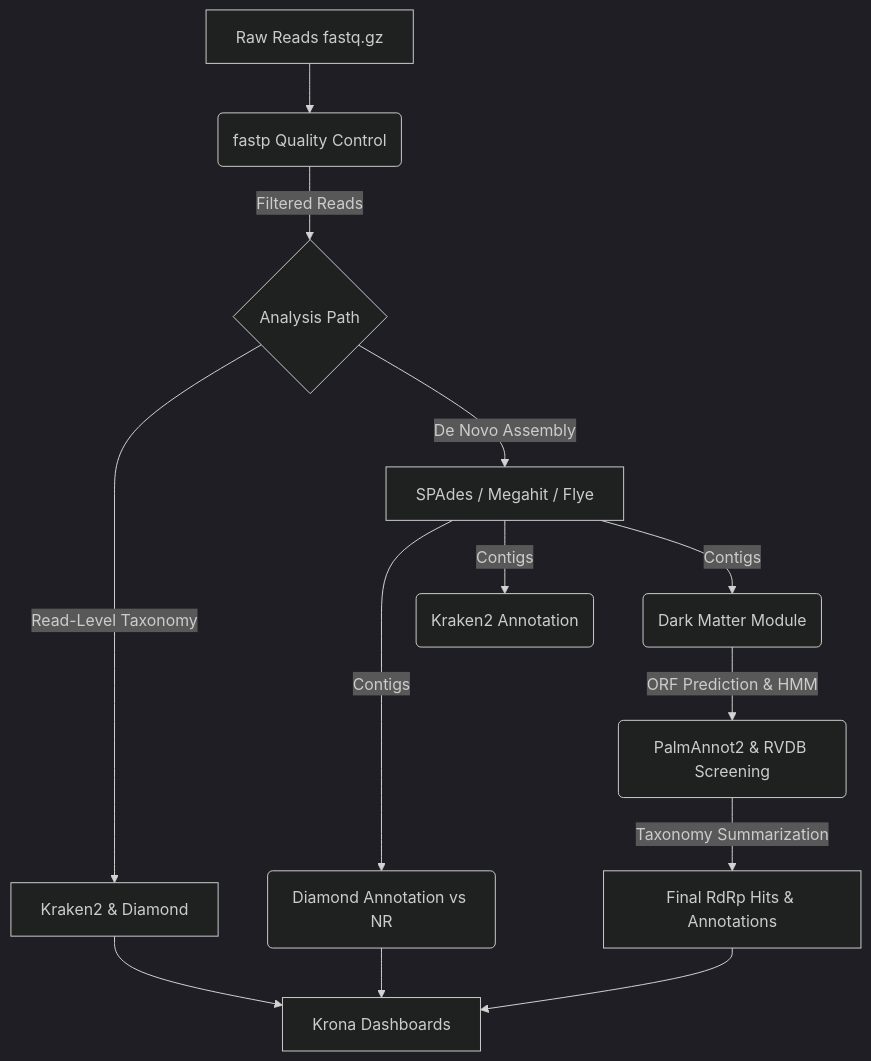
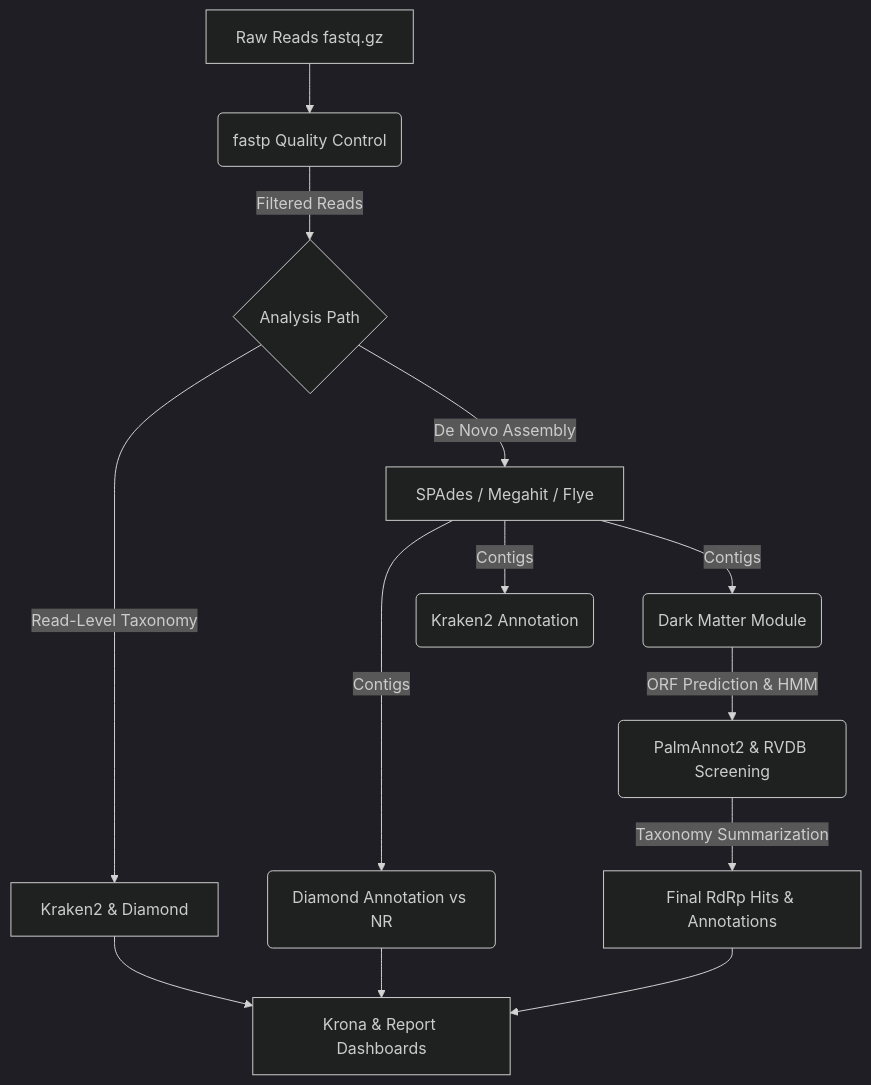
The diagram in README.md (matheus-cosentino/NovaVir), drawn with Mermaid (dark theme) before and after one commit.

Commit message:
debuging duskmatter to darkmatter

````diff
--- a/README.md
+++ b/README.md
@@ -32,18 +32,18 @@
 ```mermaid
 graph TD;
     A[Raw Reads fastq.gz] --> B(fastp Quality Control);
     B -->|Filtered Reads| C{Analysis Path};
     C -->|Read-Level Taxonomy| D[Kraken2 & Diamond];
     C -->|De Novo Assembly| E[SPAdes / Megahit / Flye];
     
     E -->|Contigs| F(Diamond Annotation vs NR);
     E -->|Contigs| G(Kraken2 Annotation);
     E -->|Contigs| H(Dark Matter Module);
     
     H -->|ORF Prediction & HMM| I(PalmAnnot2 & RVDB Screening);
     I -->|Taxonomy Summarization| J[Final RdRp Hits & Annotations];
 
-    D --> K[Krona Dashboards];
+    D --> K[Krona & Report Dashboards];
     F --> K;
     J --> K;
 ```
````
